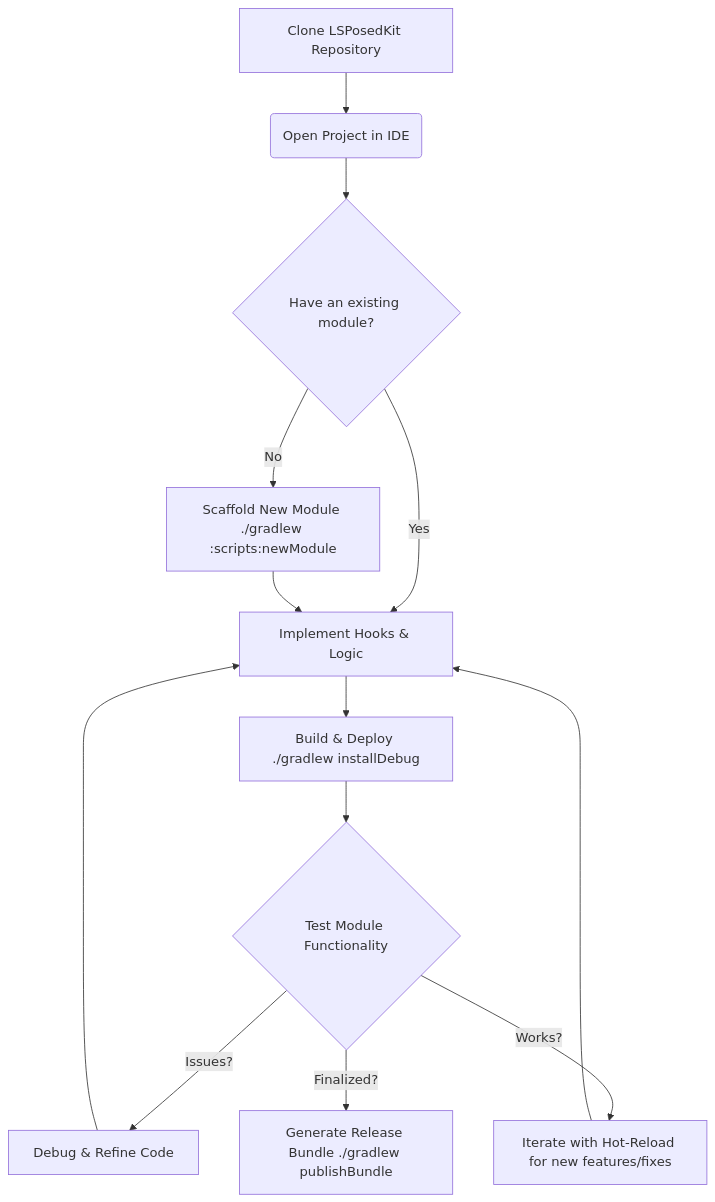
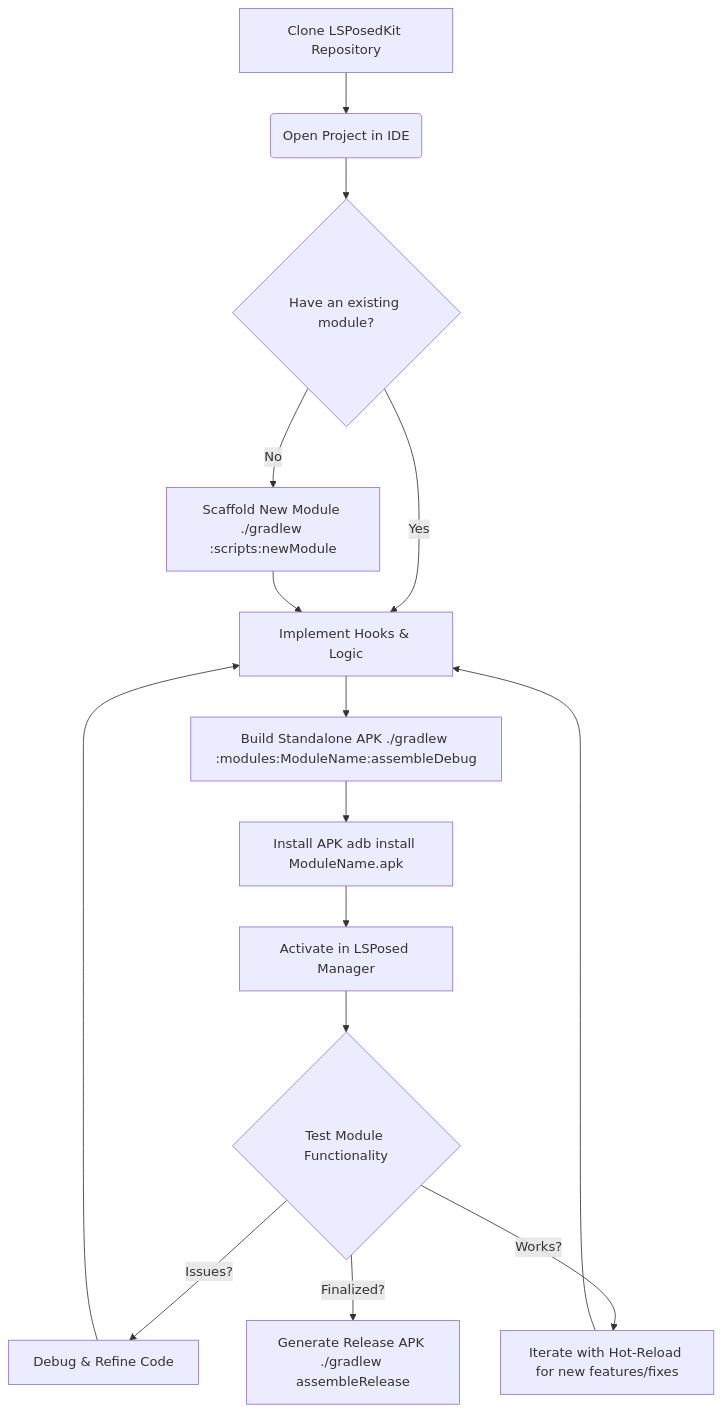
The diagram in README.md (wyatt727/LSPosedKit), drawn with Mermaid before and after one commit. The commit also changed other lines of this file and 15043 other files, not shown here.

Commit message:
Fully buildable new modules! Use this syntax: ./gradlew :scripts:newModule -PmoduleName="MyModule" -Pid="my-module" -Pdescription="My awesome module"

````diff
--- a/README.md
+++ b/README.md
@@ -138,15 +232,17 @@
 ```mermaid
 graph TD
     A[Clone LSPosedKit Repository] --> B(Open Project in IDE);
     B --> C{Have an existing module?};
     C -- Yes --> E[Implement Hooks & Logic];
     C -- No --> D[Scaffold New Module ./gradlew :scripts:newModule];
     D --> E;
-    E --> F[Build & Deploy ./gradlew installDebug];
-    F --> G{Test Module Functionality};
-    G -- Issues? --> H[Debug & Refine Code];
-    H --> E;
-    G -- Works? --> I[Iterate with Hot-Reload for new features/fixes];
-    I --> E;
-    G -- Finalized? --> J[Generate Release Bundle ./gradlew publishBundle];
+    E --> F[Build Standalone APK ./gradlew :modules:ModuleName:assembleDebug];
+    F --> G[Install APK adb install ModuleName.apk];
+    G --> H[Activate in LSPosed Manager];
+    H --> I{Test Module Functionality};
+    I -- Issues? --> J[Debug & Refine Code];
+    J --> E;
+    I -- Works? --> K[Iterate with Hot-Reload for new features/fixes];
+    K --> E;
+    I -- Finalized? --> L[Generate Release APK ./gradlew assembleRelease];
 ```
````
